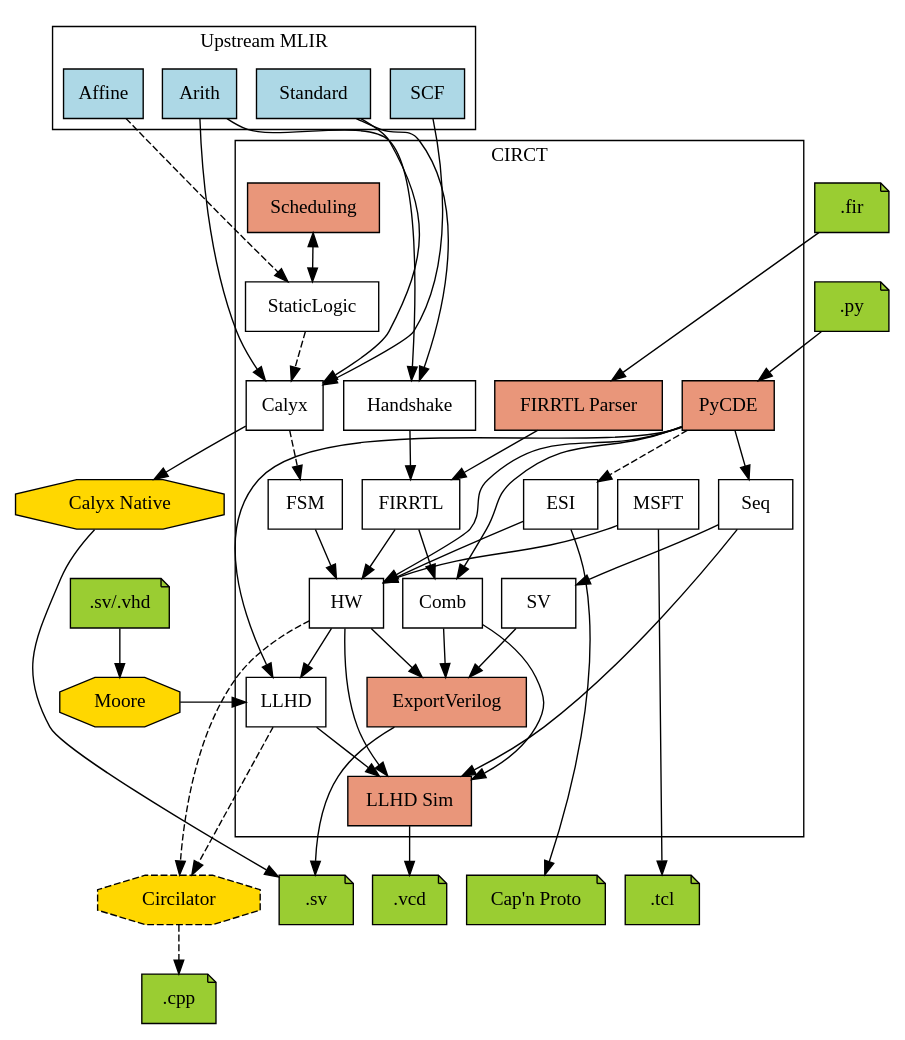
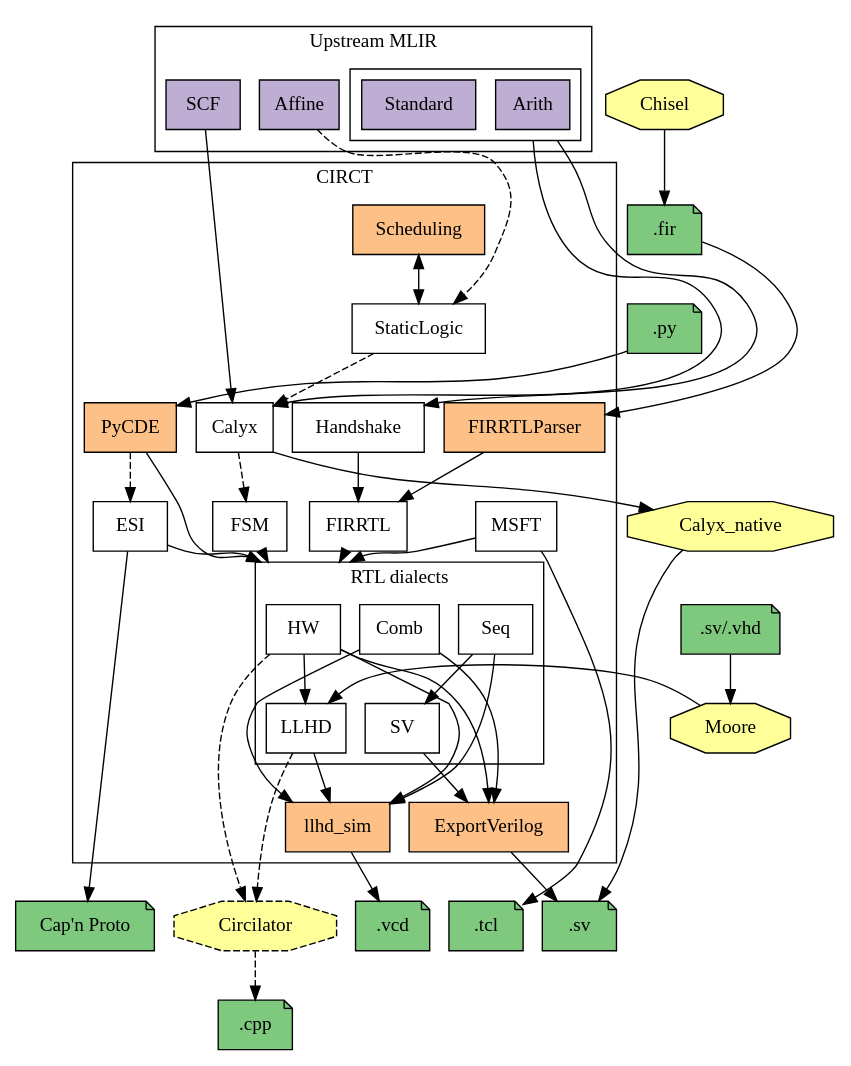
Before and after one commit to llvm/circt: the diagram in docs/dialects.dot, drawn with Graphviz. The commit also changed 3 other files, not shown here.

```diff
--- a/docs/dialects.dot
+++ b/docs/dialects.dot
@@ -1,123 +1,124 @@
-Digraph G {
+digraph G {
   // Note: Remember to run the circt/utils/update-docs-dialects.sh script after
   // modifying this file to regenerate the .svg and .png renders of the graph.
   rankdir = TB
-  splines=spline;
+  splines=spline
   node [shape=box style=filled fillcolor="white"]
   nodesep=0.2 // horizontal compression
   ranksep=0.5 // vertical compression
+  compound=true
 
   // MLIR dialects
   subgraph cluster_mlir {
     label = "Upstream MLIR";
-    SCF [fillcolor="lightblue"]
-    Standard [fillcolor="lightblue"]
-    Arith [fillcolor="lightblue"]
-    Affine [fillcolor="lightblue"]
+    node [fillcolor="#beaed4"]
+    SCF Affine
+    subgraph cluster_std_arith_dialect {
+      label = ""
+      Standard Arith
+    }
   }
-
-  // ===== Nodes =====
 
   subgraph cluster_circt {
     label = "CIRCT"
     // CIRCT dialects
+    subgraph cluster_HLS {
+      label = "HLS Dialects"
+    }
+    Handshake [URL="https://circt.llvm.org/docs/Dialects/Handshake/"]
     Calyx [URL="https://circt.llvm.org/docs/Dialects/Calyx/"]
-    Handshake [URL="https://circt.llvm.org/docs/Dialects/Handshake/"]
     FIRRTL [URL="https://circt.llvm.org/docs/Dialects/FIRRTL/"]
-    LLHD [URL="https://circt.llvm.org/docs/Dialects/LLHD/"]
-    HW [URL="https://circt.llvm.org/docs/Dialects/HW/"]
-    SV [URL="https://circt.llvm.org/docs/Dialects/SV/"]
-    Comb [URL="https://circt.llvm.org/docs/Dialects/Comb/"]
-    Seq [URL="https://circt.llvm.org/docs/Dialects/Seq/"]
     StaticLogic [URL="https://circt.llvm.org/docs/Dialects/StaticLogic/"]
     MSFT [URL="https://circt.llvm.org/docs/Dialects/MSFT/"]
     ESI [URL="https://circt.llvm.org/docs/Dialects/ESI/"]
     FSM [URL="https://circt.llvm.org/docs/Dialects/FSM/"]
 
+    subgraph cluster_RTL {
+      label = "RTL dialects"
+      Seq [URL="https://circt.llvm.org/docs/Dialects/Seq/"]
+      HW [URL="https://circt.llvm.org/docs/Dialects/HW/"]
+      SV [URL="https://circt.llvm.org/docs/Dialects/SV/"]
+      Comb [URL="https://circt.llvm.org/docs/Dialects/Comb/"]
+      LLHD [URL="https://circt.llvm.org/docs/Dialects/LLHD/"]
+    }
+
     // Internal tools
-    ExportVerilog [fillcolor="darksalmon"]
-    FIRRTLParser [label="FIRRTL Parser" fillcolor="darksalmon"]
-    Scheduling [fillcolor="darksalmon"]
-    llhd_sim [label="LLHD Sim" fillcolor="darksalmon"]
-    PyCDE [fillcolor="darksalmon"]
+    subgraph internal_tools{
+      node [fillcolor="#fdc086"]
+      ExportVerilog FIRRTLParser Scheduling llhd_sim PyCDE
+    }
   }
 
   // External tools
-  Moore [shape=octagon fillcolor="gold"]
-  Circilator [shape=octagon fillcolor="gold" style="dashed,filled"]
-  Calyx_native [label="Calyx Native" shape=octagon fillcolor="gold"]
+  subgraph external_tools {
+    node [shape=octagon fillcolor="#ffff99"]
+    Moore Calyx_native Chisel
+    Circilator [style="dashed,filled"]
+  }
 
   // File formats
-  VCDTrace [label=".vcd" fillcolor="yellowgreen" shape=note]
-  CPPFile [label=".cpp" fillcolor="yellowgreen" shape=note]
-  SVFile [label=".sv" fillcolor="yellowgreen" shape=note]
-  CapNProto [label="Cap'n Proto" fillcolor="yellowgreen" shape=note]
-  TCL [label=".tcl" fillcolor="yellowgreen" shape=note]
-  FIRFile [label=".fir" fillcolor="yellowgreen" shape=note]
-  SVVHDL [label=".sv/.vhd" fillcolor="yellowgreen" shape=note]
-  PyFile [label=".py" fillcolor="yellowgreen" shape=note]
+  subgraph file_formats {
+    node [fillcolor="#7fc97f" shape="note"]
+    VCDTrace [label=".vcd"]
+    CPPFile [label=".cpp"]
+    SVFile [label=".sv"]
+    CapNProto [label="Cap'n Proto"]
+    TCL [label=".tcl"]
+    FIRFile [label=".fir"]
+    SVVHDL [label=".sv/.vhd"]
+    PyFile [label=".py"]
+  }
 
   // ===== Connections =====
-
   // Dialect conversions
   SCF -> Calyx
   Affine -> StaticLogic [style=dashed]
   StaticLogic -> Calyx [style=dashed]
-  Standard -> Calyx
-  Arith -> Calyx
-  Standard -> Handshake
-  Arith -> Handshake
+  Arith -> {Handshake Calyx} [ltail=cluster_std_arith_dialect]
 
   Handshake -> FIRRTL
   Calyx -> FSM [style=dashed]
+
+  // Things that lower into a subset of the RTL-like dialects. Cluster these
+  // together to avoid a massive clutter.
+  {FIRRTL FSM ESI MSFT PyCDE} -> HW [lhead=cluster_RTL minlen=1]
   Seq -> SV
-  FIRRTL -> HW
-  FSM -> HW
-  ESI -> HW
-  MSFT -> HW
   HW -> LLHD
-  FIRRTL->Comb
   Comb -> ExportVerilog
 
   // Tool flows
   Scheduling -> StaticLogic [dir=both]
+  Chisel -> FIRFile
   FIRFile -> FIRRTLParser
   FIRRTLParser -> FIRRTL
   HW -> ExportVerilog
   SV -> ExportVerilog
   SVVHDL -> Moore [weight=999]
   Moore -> LLHD
   LLHD -> Circilator [style=dashed]
   HW -> Circilator [style=dashed]
   Calyx -> Calyx_native
+  Calyx_native -> SVFile
   ExportVerilog -> SVFile
   Circilator -> CPPFile [style=dashed]
-  LLHD -> llhd_sim
-  Comb -> llhd_sim
-  HW -> llhd_sim
-  Seq -> llhd_sim
+  {LLHD Comb HW Seq} -> llhd_sim
   llhd_sim -> VCDTrace
-  Calyx_native -> SVFile
   ESI -> CapNProto
   MSFT -> TCL
   PyFile -> PyCDE
-  PyCDE -> HW
-  PyCDE -> Comb
-  PyCDE -> Seq
-  PyCDE -> LLHD
   PyCDE -> ESI [style=dashed]
 
   // ====== Some fake edges to coerce a good layout ======
   // Note: Modify these if you make changes to the above diagram, and things
   // start looking weird.
   Standard -> Scheduling [weight=999 style=invis]
   FIRFile -> PyFile [weight=999 style=invis]
   Calyx -> Calyx_native [weight=999 style=invis]
   Calyx_native -> SVVHDL [weight=999 style=invis]
 
   // Fix the following sink nodes below the CIRCT cluster
   llhd_sim -> SVFile [weight=999 style=invis]
   llhd_sim -> Circilator [weight=999 style=invis]
   llhd_sim -> TCL [weight=999 style=invis]
   llhd_sim -> CapNProto [weight=999 style=invis]
 }
```
